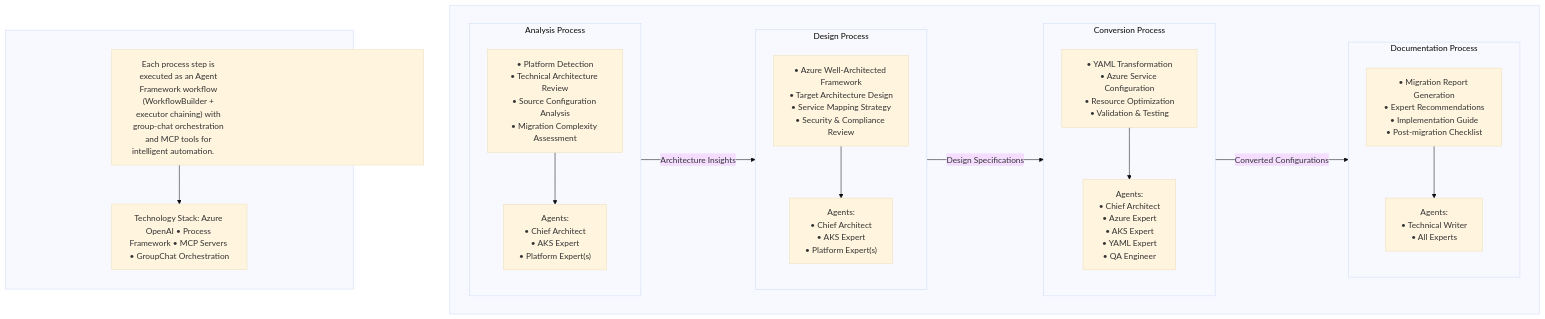
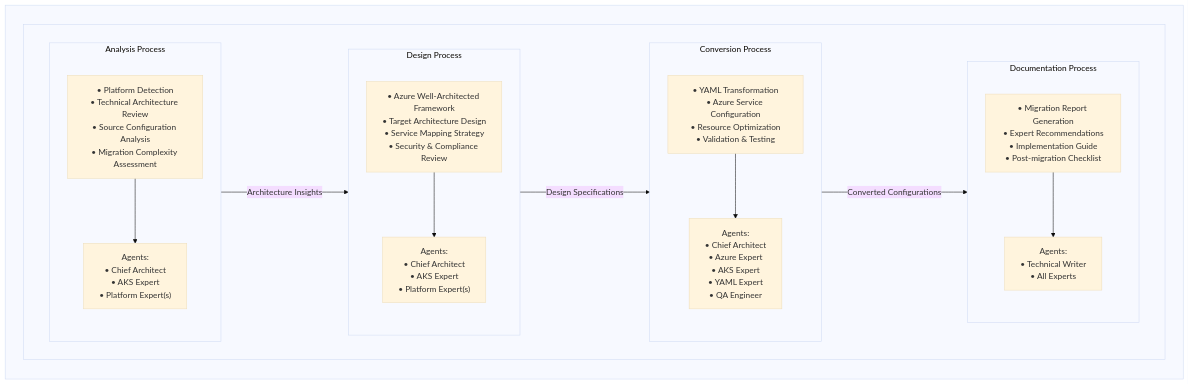
Before and after one commit to microsoft/Container-Migration-Solution-Accelerator: the third of 3 diagrams in README.md, drawn with Mermaid (base theme). The commit also changed 12 other files, not shown here.

````diff
--- a/README.md
+++ b/README.md
@@ -340,50 +340,45 @@
 ```mermaid
 flowchart TB
    %% Migration flow (step-oriented)
 
-   subgraph ROW[" "]
-      direction LR
+   subgraph WF[" "]
+      direction TB
 
-      subgraph A["Analysis Process"]
-         direction TB
-         A1["• Platform Detection<br/>• Technical Architecture Review<br/>• Source Configuration Analysis<br/>• Migration Complexity Assessment"]
-         A2["Agents:<br/>• Chief Architect<br/>• AKS Expert<br/>• Platform Expert(s)"]
-         A1 --> A2
+      subgraph ROW[" "]
+         direction LR
+
+         subgraph A["Analysis Process"]
+            direction TB
+            A1["• Platform Detection<br/>• Technical Architecture Review<br/>• Source Configuration Analysis<br/>• Migration Complexity Assessment"]
+            A2["Agents:<br/>• Chief Architect<br/>• AKS Expert<br/>• Platform Expert(s)"]
+            A1 --> A2
+         end
+
+         subgraph D["Design Process"]
+            direction TB
+            D1["• Azure Well-Architected Framework<br/>• Target Architecture Design<br/>• Service Mapping Strategy<br/>• Security & Compliance Review"]
+            D2["Agents:<br/>• Chief Architect<br/>• AKS Expert<br/>• Platform Expert(s)"]
+            D1 --> D2
+         end
+
+         subgraph C["Conversion Process"]
+            direction TB
+            C1["• YAML Transformation<br/>• Azure Service Configuration<br/>• Resource Optimization<br/>• Validation & Testing"]
+            C2["Agents:<br/>• Chief Architect<br/>• Azure Expert<br/>• AKS Expert<br/>• YAML Expert<br/>• QA Engineer"]
+            C1 --> C2
+         end
+
+         subgraph DOC["Documentation Process"]
+            direction TB
+            DOC1["• Migration Report Generation<br/>• Expert Recommendations<br/>• Implementation Guide<br/>• Post-migration Checklist"]
+            DOC2["Agents:<br/>• Technical Writer<br/>• All Experts"]
+            DOC1 --> DOC2
+         end
+
+         A -->|Architecture Insights| D
+         D -->|Design Specifications| C
+         C -->|Converted Configurations| DOC
       end
 
-      subgraph D["Design Process"]
-         direction TB
-         D1["• Azure Well-Architected Framework<br/>• Target Architecture Design<br/>• Service Mapping Strategy<br/>• Security &amp; Compliance Review"]
-         D2["Agents:<br/>• Chief Architect<br/>• AKS Expert<br/>• Platform Expert(s)"]
-         D1 --> D2
-      end
-
-      subgraph C["Conversion Process"]
-         direction TB
-         C1["• YAML Transformation<br/>• Azure Service Configuration<br/>• Resource Optimization<br/>• Validation &amp; Testing"]
-         C2["Agents:<br/>• Chief Architect<br/>• Azure Expert<br/>• AKS Expert<br/>• YAML Expert<br/>• QA Engineer"]
-         C1 --> C2
-      end
-
-      subgraph DOC["Documentation Process"]
-         direction TB
-         DOC1["• Migration Report Generation<br/>• Expert Recommendations<br/>• Implementation Guide<br/>• Post-migration Checklist"]
-         DOC2["Agents:<br/>• Technical Writer<br/>• All Experts"]
-         DOC1 --> DOC2
-      end
-
-      A -->|Architecture Insights| D
-      D -->|Design Specifications| C
-      C -->|Converted Configurations| DOC
    end
-
-   subgraph META[" "]
-      direction TB
-      NOTE["Each process step is executed as an Agent Framework workflow (WorkflowBuilder + executor chaining) with group-chat orchestration and MCP tools for intelligent automation.&nbsp;&nbsp;&nbsp;&nbsp;&nbsp;&nbsp;"]
-      STACK["Technology Stack: Azure OpenAI • Process Framework • MCP Servers • GroupChat Orchestration"]
-      NOTE --> STACK
-   end
-
-   %% Make NOTE visually wider (renderer-dependent)
-   style NOTE width:600px
 ```
````
